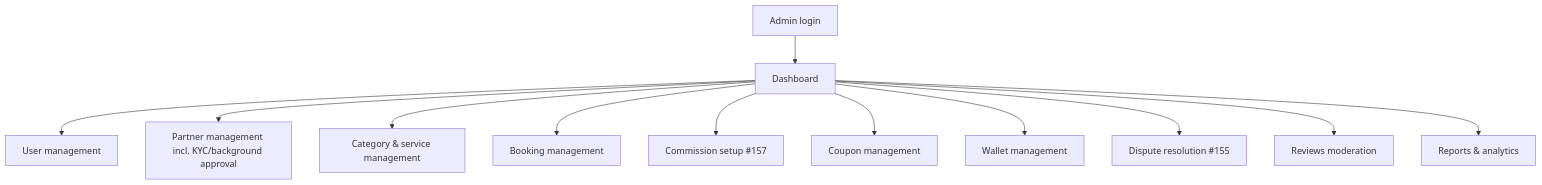
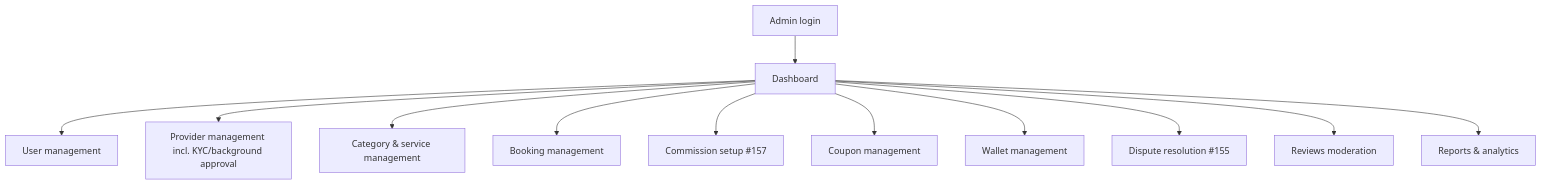
The ninth of 9 diagrams in docs/WORKFLOW.md (SantoshGitlab/nestly), drawn with Mermaid before and after one commit. The commit also changed other lines of this file and 488 other files, not shown here.

````diff
--- a/docs/WORKFLOW.md
+++ b/docs/WORKFLOW.md
@@ -236,14 +236,14 @@
 ```mermaid
 flowchart TD
     A[Admin login] --> B[Dashboard]
     B --> C[User management]
-    B --> D[Partner management incl. KYC/background approval]
+    B --> D[Provider management incl. KYC/background approval]
     B --> E[Category & service management]
     B --> F[Booking management]
     B --> G[Commission setup #157]
     B --> H[Coupon management]
     B --> I[Wallet management]
     B --> J[Dispute resolution #155]
     B --> K[Reviews moderation]
     B --> L[Reports & analytics]
 ```
````
